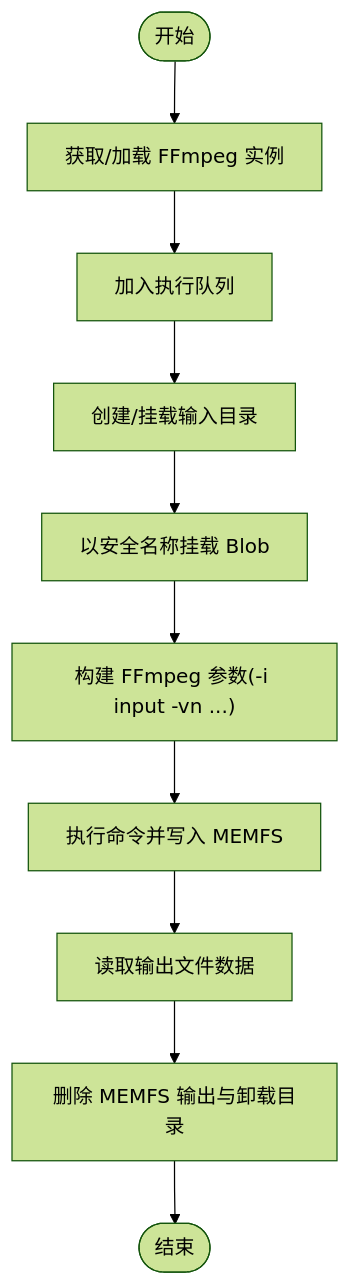
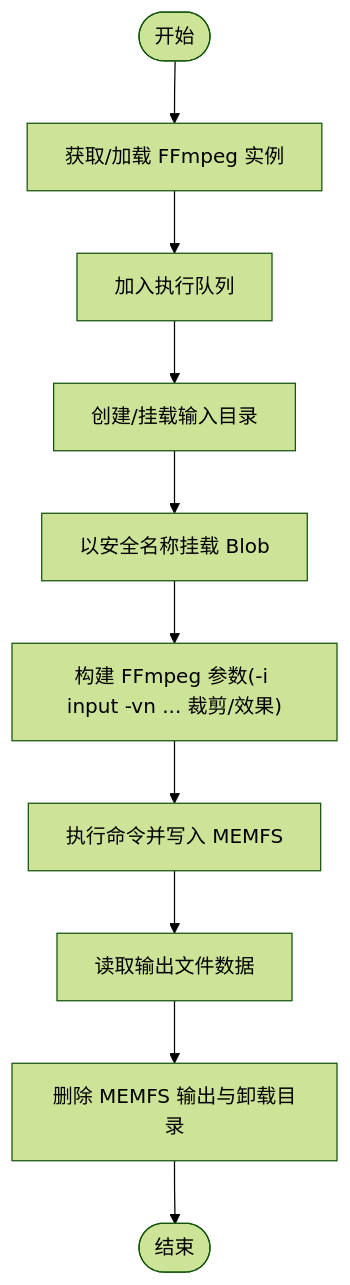
Before and after one commit to sgyy/privadeck: the third of 5 diagrams in .qoder/repowiki/zh/content/音频工具/音频提取.md, drawn with Mermaid (forest theme). The commit also changed other lines of this file and 48 other files, not shown here.

````diff
--- a/.qoder/repowiki/zh/content/音频工具/音频提取.md
+++ b/.qoder/repowiki/zh/content/音频工具/音频提取.md
@@ -157,12 +199,12 @@
 ```mermaid
 flowchart TD
 Start(["开始"]) --> GetFF["获取/加载 FFmpeg 实例"]
 GetFF --> Queue["加入执行队列"]
 Queue --> Mount["创建/挂载输入目录"]
 Mount --> BlobMount["以安全名称挂载 Blob"]
-BlobMount --> BuildArgs["构建 FFmpeg 参数(-i input -vn ...)"]
+BlobMount --> BuildArgs["构建 FFmpeg 参数(-i input -vn ... 裁剪/效果)"]
 BuildArgs --> Exec["执行命令并写入 MEMFS"]
 Exec --> Read["读取输出文件数据"]
 Read --> Cleanup["删除 MEMFS 输出与卸载目录"]
 Cleanup --> Done(["结束"])
 ```
````
